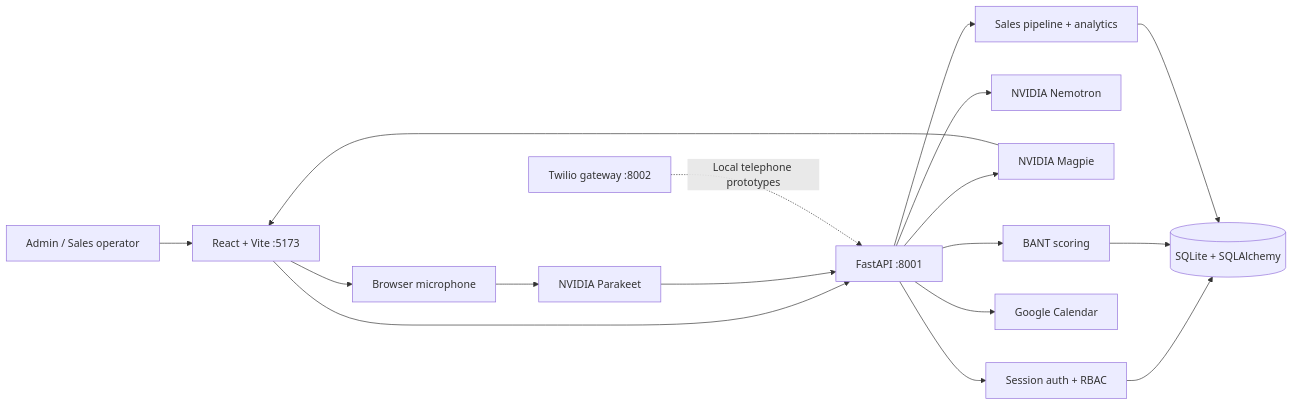
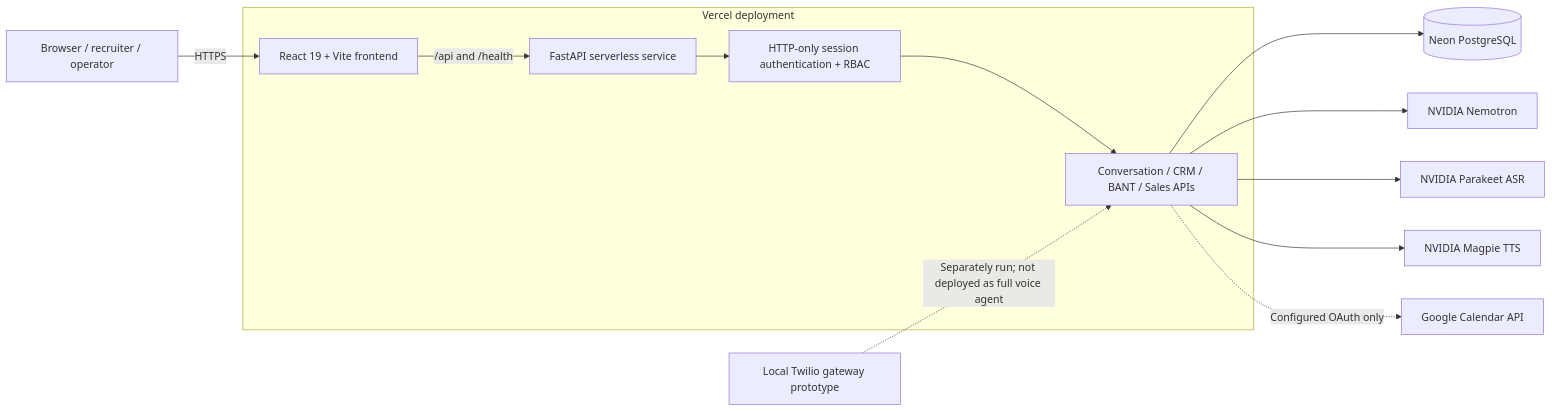
One commit to Anujku007/LeadPilot-AI changed the second of 3 diagrams in README.md. Above: the diagram before and after it, drawn with Mermaid. The commit also changed other lines of this file, not shown here.

````diff
--- a/README.md
+++ b/README.md
@@ -79,19 +135,23 @@
 ```mermaid
 flowchart LR
-    User[Admin / Sales operator] --> UI[React + Vite :5173]
-    UI --> API[FastAPI :8001]
-    API --> AUTH[Session auth + RBAC]
-    AUTH --> CRM[(SQLite + SQLAlchemy)]
-    API --> AI[NVIDIA Nemotron]
-    UI --> MIC[Browser microphone]
-    MIC --> ASR[NVIDIA Parakeet]
-    ASR --> API
-    API --> TTS[NVIDIA Magpie]
-    TTS --> UI
-    API --> BANT[BANT scoring]
-    BANT --> CRM
-    API --> CAL[Google Calendar]
-    API --> SALES[Sales pipeline + analytics]
-    SALES --> CRM
-    TW[Twilio gateway :8002] -. Local telephone prototypes .-> API
+    Visitor[Browser / recruiter / operator]
+
+    subgraph Vercel[Vercel deployment]
+        UI[React 19 + Vite frontend]
+        API[FastAPI serverless service]
+        Auth[HTTP-only session authentication + RBAC]
+        CRM[Conversation / CRM / BANT / Sales APIs]
+    end
+
+    Visitor -->|HTTPS| UI
+    UI -->|/api and /health| API
+    API --> Auth
+    Auth --> CRM
+    CRM --> PG[(Neon PostgreSQL)]
+    CRM --> LLM[NVIDIA Nemotron]
+    CRM --> ASR[NVIDIA Parakeet ASR]
+    CRM --> TTS[NVIDIA Magpie TTS]
+    CRM -.->|Configured OAuth only| Google[Google Calendar API]
+
+    Local[Local Twilio gateway prototype] -.->|Separately run; not deployed as full voice agent| CRM
 ```
````
